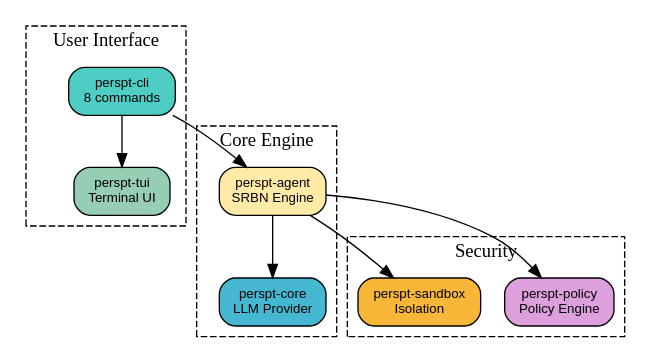
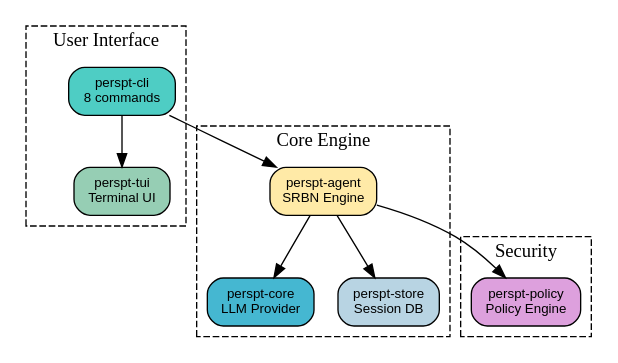
The first of 2 diagrams in docs/perspt_book/source/introduction.rst (eonseed/perspt), drawn with Graphviz before and after one commit. The commit also changed other lines of this file and 25 other files, not shown here.

First line of the commit message:
docs: comprehensive update to 7-crate architecture and PDF generation fixes

```diff
--- a/docs/perspt_book/source/introduction.rst
+++ b/docs/perspt_book/source/introduction.rst
@@ -37,35 +37,35 @@
 .. graphviz::
    :align: center
    :caption: Perspt Architecture Overview
 
    digraph arch {
        rankdir=TB;
        node [shape=box, style="rounded,filled", fontname="Helvetica", fontsize=10];
        
        subgraph cluster_cli {
            label="User Interface";
            style=dashed;
            cli [label="perspt-cli\n8 commands", fillcolor="#4ECDC4"];
            tui [label="perspt-tui\nTerminal UI", fillcolor="#96CEB4"];
        }
        
        subgraph cluster_core {
            label="Core Engine";
            style=dashed;
            core [label="perspt-core\nLLM Provider", fillcolor="#45B7D1"];
            agent [label="perspt-agent\nSRBN Engine", fillcolor="#FFEAA7"];
+           store [label="perspt-store\nSession DB", fillcolor="#B8D4E3"];
        }
        
        subgraph cluster_security {
            label="Security";
            style=dashed;
            policy [label="perspt-policy\nPolicy Engine", fillcolor="#DDA0DD"];
-           sandbox [label="perspt-sandbox\nIsolation", fillcolor="#F8B739"];
        }
        
        cli -> tui;
        cli -> agent;
        agent -> core;
+       agent -> store;
        agent -> policy;
-       agent -> sandbox;
    }
```
